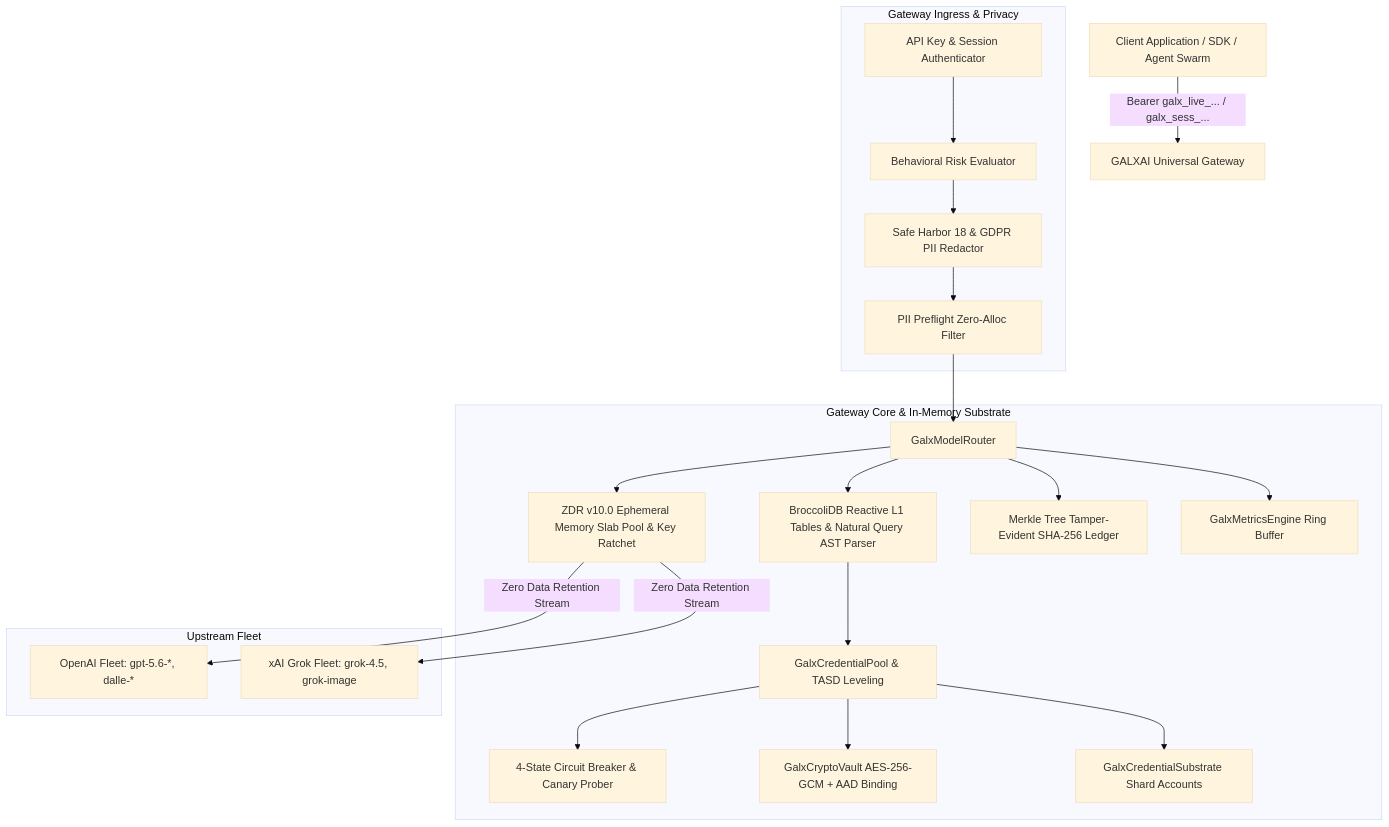
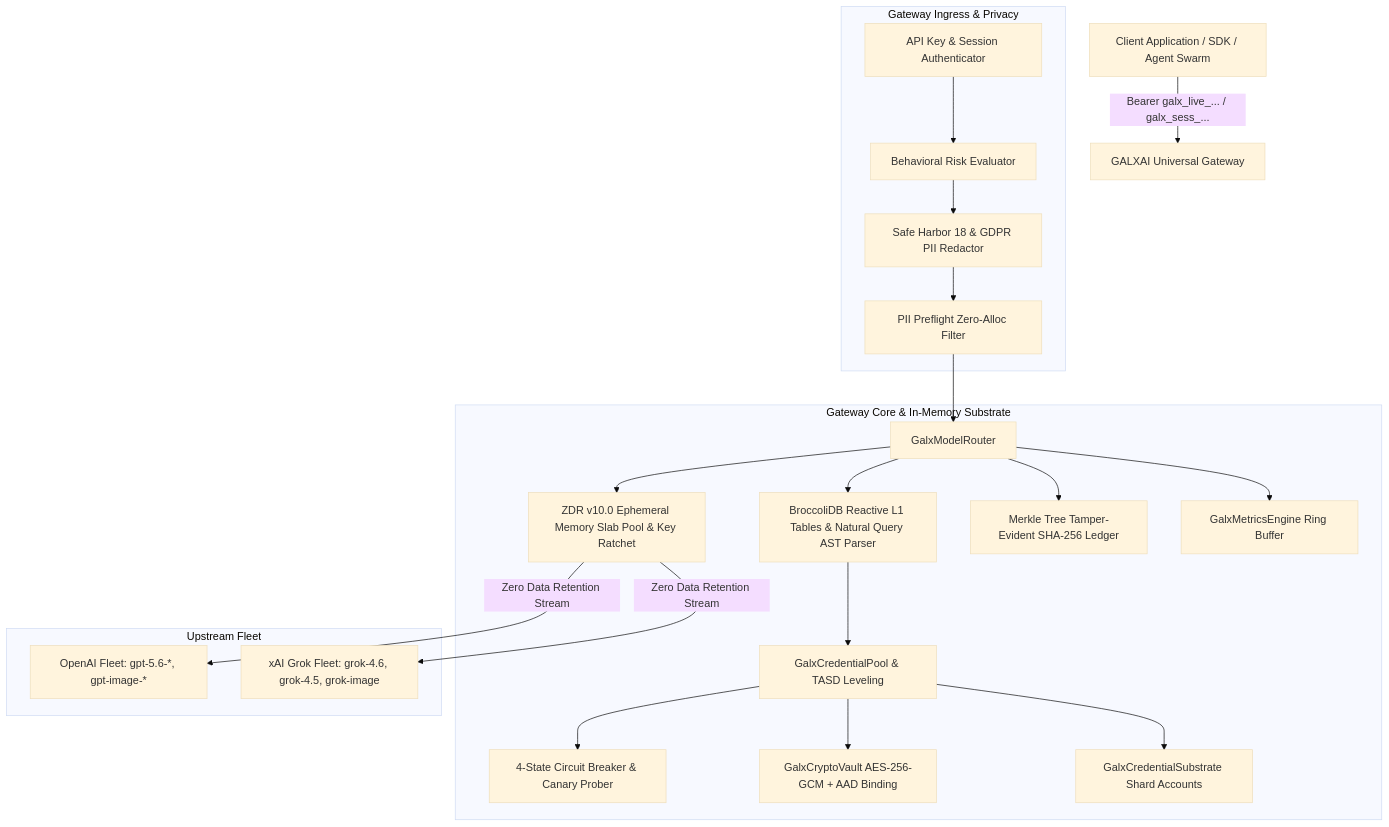
Before and after one commit to CardSorting/GALXAI: the first of 2 diagrams in docs/ARCHITECTURE.md, drawn with Mermaid (base theme). The commit also changed 13 other files, not shown here.

Commit message:
docs: update documentation, architecture specs, ADRs, and clean lint warnings

````diff
--- a/docs/ARCHITECTURE.md
+++ b/docs/ARCHITECTURE.md
@@ -11,28 +11,28 @@
 ```mermaid
 flowchart TD
     Client[Client Application / SDK / Agent Swarm] -->|Bearer galx_live_... / galx_sess_...| Gateway[GALXAI Universal Gateway]
     
     subgraph Gateway Ingress & Privacy
         Auth[API Key & Session Authenticator] --> Risk[Behavioral Risk Evaluator]
         Risk --> Redactor[Safe Harbor 18 & GDPR PII Redactor]
         Redactor --> Preflight[PII Preflight Zero-Alloc Filter]
     end
     
     subgraph Gateway Core & In-Memory Substrate
         Preflight --> Router[GalxModelRouter]
         Router --> BDB[BroccoliDB Reactive L1 Tables & Natural Query AST Parser]
         BDB --> Pool[GalxCredentialPool & TASD Leveling]
         Pool --> Breaker[4-State Circuit Breaker & Canary Prober]
         Pool --> Vault[GalxCryptoVault AES-256-GCM + AAD Binding]
         Pool --> Substrate[GalxCredentialSubstrate Shard Accounts]
         
         Router --> ZDR[ZDR v10.0 Ephemeral Memory Slab Pool & Key Ratchet]
         Router --> Merkle[Merkle Tree Tamper-Evident SHA-256 Ledger]
         Router --> Metrics[GalxMetricsEngine Ring Buffer]
     end
     
     subgraph Upstream Fleet
-        ZDR -->|Zero Data Retention Stream| OA[OpenAI Fleet: gpt-5.6-*, dalle-*]
-        ZDR -->|Zero Data Retention Stream| Grok[xAI Grok Fleet: grok-4.5, grok-image]
+        ZDR -->|Zero Data Retention Stream| OA[OpenAI Fleet: gpt-5.6-*, gpt-image-*]
+        ZDR -->|Zero Data Retention Stream| Grok[xAI Grok Fleet: grok-4.6, grok-4.5, grok-image]
     end
 ```
````
